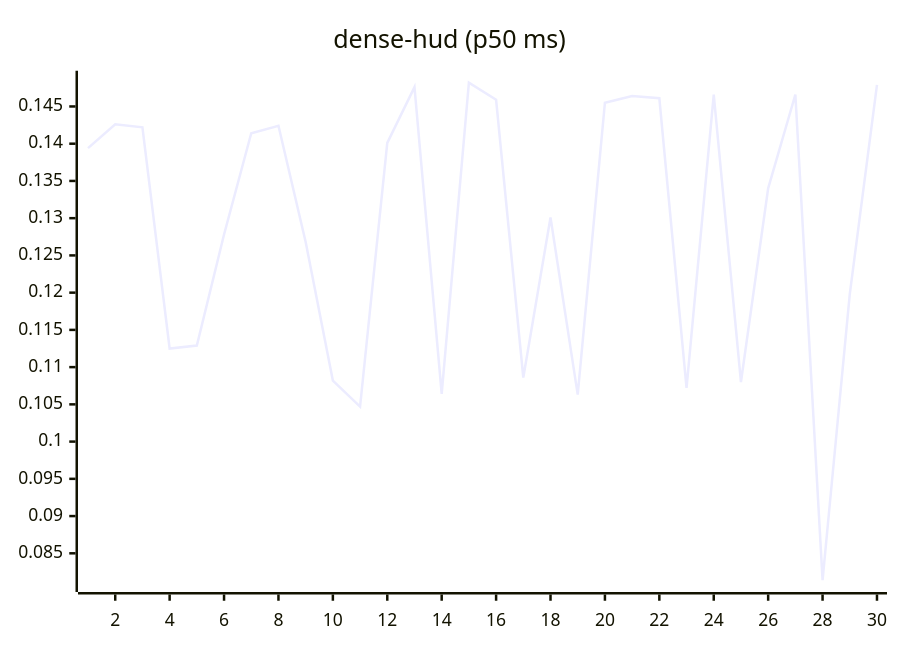
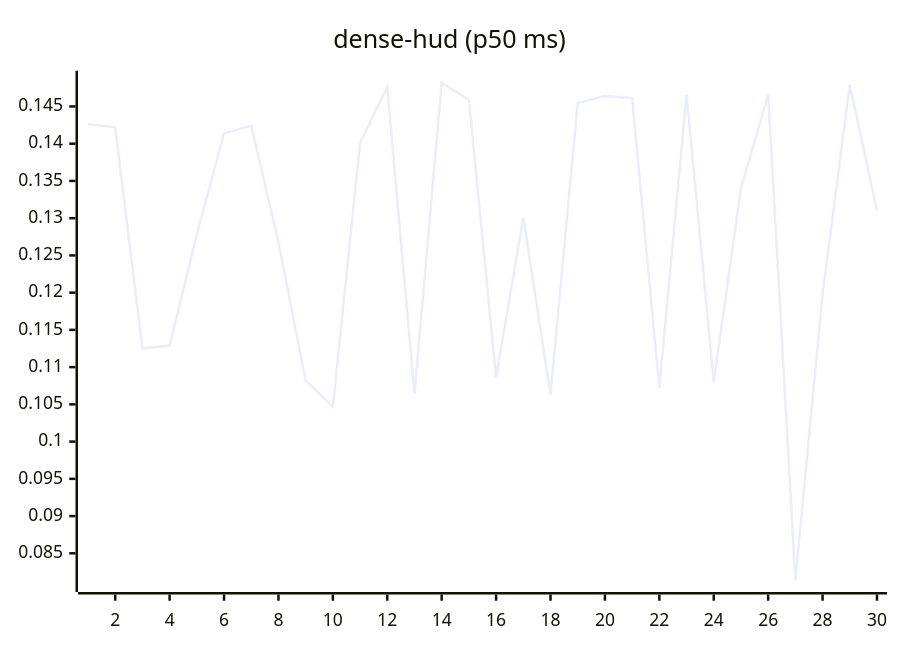
One commit to josha/Facet changed the eighth of 27 diagrams in README.md. Above: the diagram before and after it, drawn with Mermaid. The commit also changed other lines of this file and 2 other files, not shown here.

````diff
--- a/README.md
+++ b/README.md
@@ -112,6 +112,6 @@
 ```mermaid
 xychart-beta
     title "dense-hud (p50 ms)"
     x-axis 1 --> 30
-    line [0.1394, 0.1426, 0.1422, 0.1125, 0.1129, 0.1278, 0.1414, 0.1424, 0.1268, 0.1082, 0.1047, 0.1401, 0.1476, 0.1064, 0.1482, 0.1459, 0.1086, 0.1301, 0.1063, 0.1455, 0.1464, 0.1461, 0.1072, 0.1466, 0.1080, 0.1340, 0.1466, 0.0814, 0.1198, 0.1479]
+    line [0.1426, 0.1422, 0.1125, 0.1129, 0.1278, 0.1414, 0.1424, 0.1268, 0.1082, 0.1047, 0.1401, 0.1476, 0.1064, 0.1482, 0.1459, 0.1086, 0.1301, 0.1063, 0.1455, 0.1464, 0.1461, 0.1072, 0.1466, 0.1080, 0.1340, 0.1466, 0.0814, 0.1198, 0.1479, 0.1310]
 ```
````
